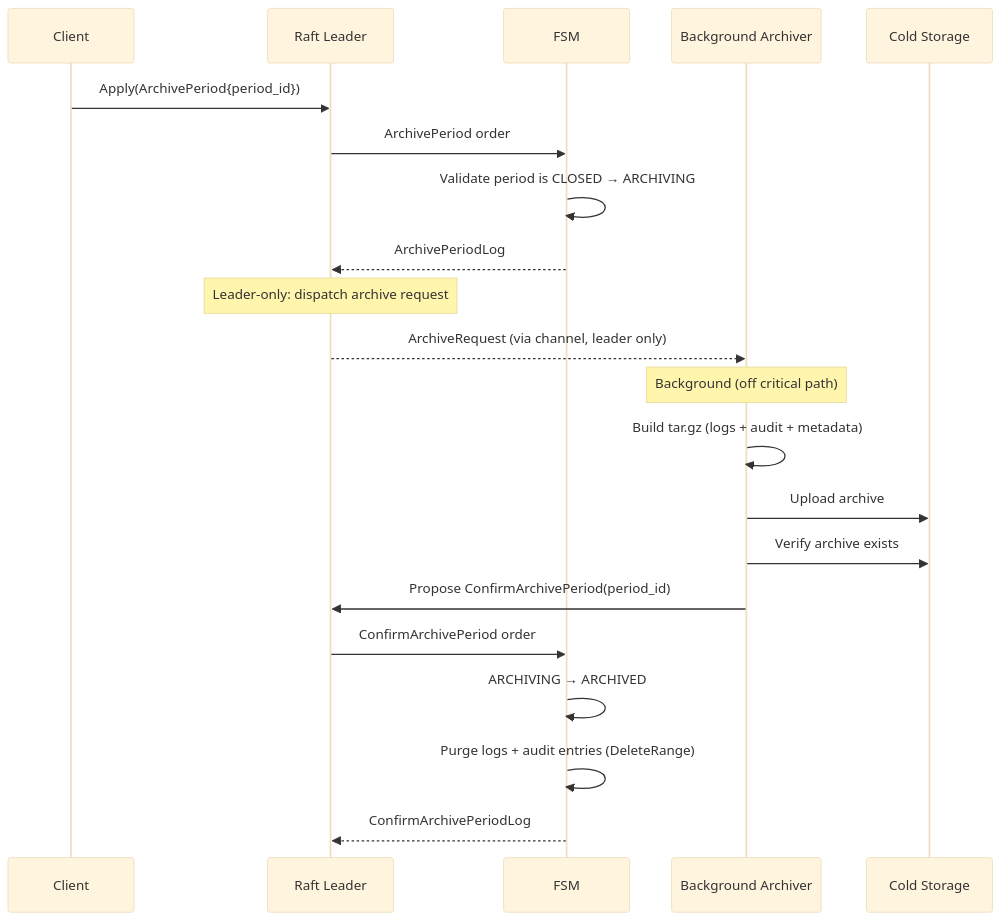
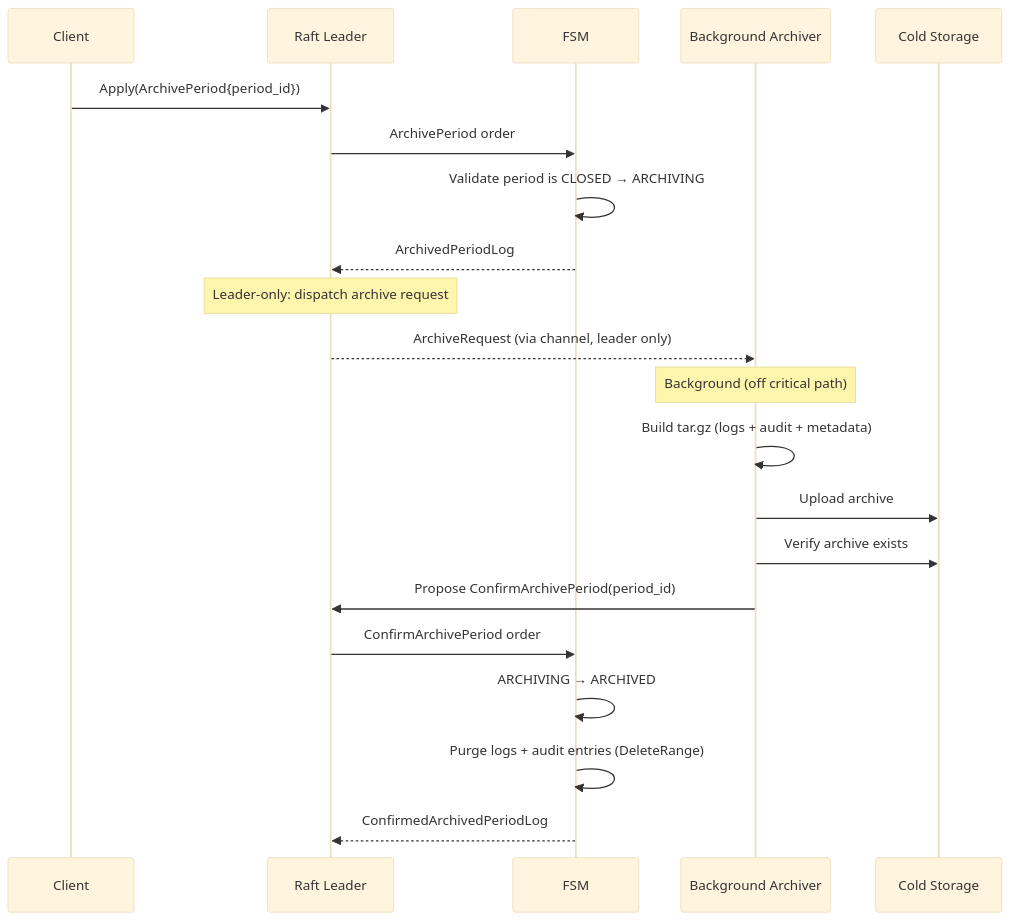
One commit to formancehq/ledger changed the third of 3 diagrams in docs/technical/architecture/data-model/periods.md. Above: the diagram before and after it, drawn with Mermaid (base theme). The commit also changed other lines of this file and 41 other files, not shown here.

````diff
--- a/docs/technical/architecture/data-model/periods.md
+++ b/docs/technical/architecture/data-model/periods.md
@@ -414,27 +414,27 @@
 ```mermaid
 sequenceDiagram
     participant Client
     participant Leader as Raft Leader
     participant FSM
     participant Archiver as Background Archiver
     participant Cold as Cold Storage
 
     Client->>Leader: Apply(ArchivePeriod{period_id})
     Leader->>FSM: ArchivePeriod order
     FSM->>FSM: Validate period is CLOSED → ARCHIVING
-    FSM-->>Leader: ArchivePeriodLog
+    FSM-->>Leader: ArchivedPeriodLog
 
     Note over Leader: Leader-only: dispatch archive request
     Leader-->>Archiver: ArchiveRequest (via channel, leader only)
 
     Note over Archiver: Background (off critical path)
     Archiver->>Archiver: Build tar.gz (logs + audit + metadata)
     Archiver->>Cold: Upload archive
     Archiver->>Cold: Verify archive exists
     Archiver->>Leader: Propose ConfirmArchivePeriod(period_id)
 
     Leader->>FSM: ConfirmArchivePeriod order
     FSM->>FSM: ARCHIVING → ARCHIVED
     FSM->>FSM: Purge logs + audit entries (DeleteRange)
-    FSM-->>Leader: ConfirmArchivePeriodLog
+    FSM-->>Leader: ConfirmedArchivedPeriodLog
 ```
````
